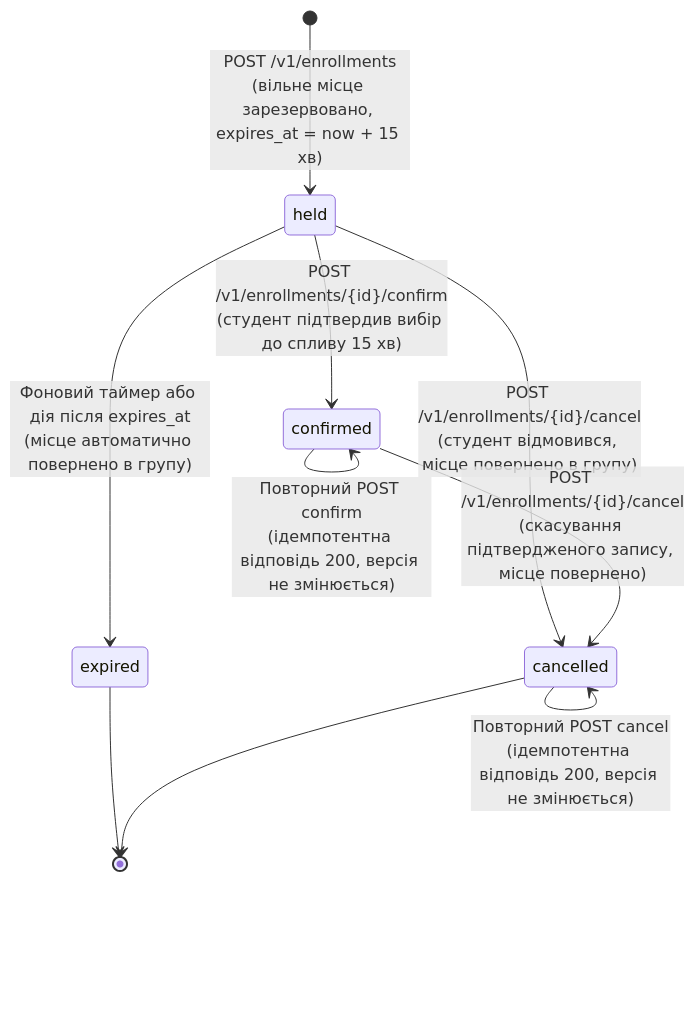
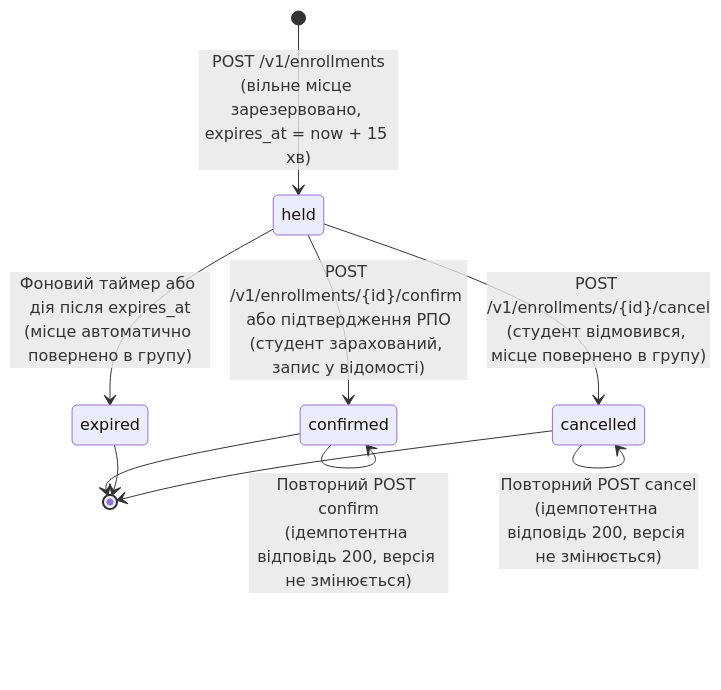
One commit to AirFlex2/distributed-parallel-computing-and-web-course-c10 changed the first of 4 diagrams in README.md. Above: the diagram before and after it, drawn with Mermaid. The commit also changed other lines of this file and 7 other files, not shown here.

````diff
--- a/README.md
+++ b/README.md
@@ -61,16 +61,16 @@
 ```mermaid
 stateDiagram-v2
     [*] --> held: POST /v1/enrollments<br>(вільне місце зарезервовано, expires_at = now + 15 хв)
     
-    held --> confirmed: POST /v1/enrollments/{id}/confirm<br>(студент підтвердив вибір до спливу 15 хв)
+    held --> confirmed: POST /v1/enrollments/{id}/confirm або підтвердження РПО<br>(студент зарахований, запис у відомості)
     held --> cancelled: POST /v1/enrollments/{id}/cancel<br>(студент відмовився, місце повернено в групу)
     held --> expired: Фоновий таймер або дія після expires_at<br>(місце автоматично повернено в групу)
     
-    confirmed --> cancelled: POST /v1/enrollments/{id}/cancel<br>(скасування підтвердженого запису, місце повернено)
+    confirmed --> [*]
     
     confirmed --> confirmed: Повторний POST confirm<br>(ідемпотентна відповідь 200, версія не змінюється)
     cancelled --> cancelled: Повторний POST cancel<br>(ідемпотентна відповідь 200, версія не змінюється)
     
     expired --> [*]
     cancelled --> [*]
 ```
````
